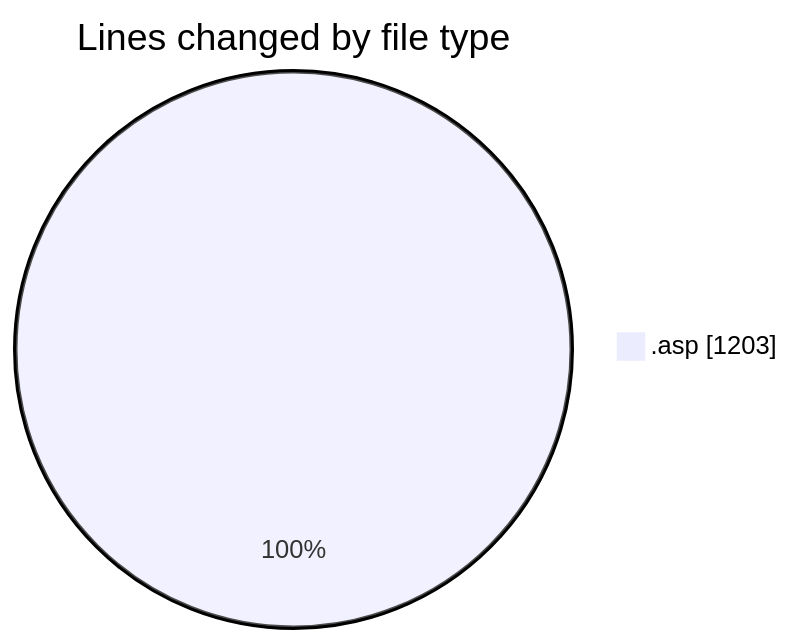
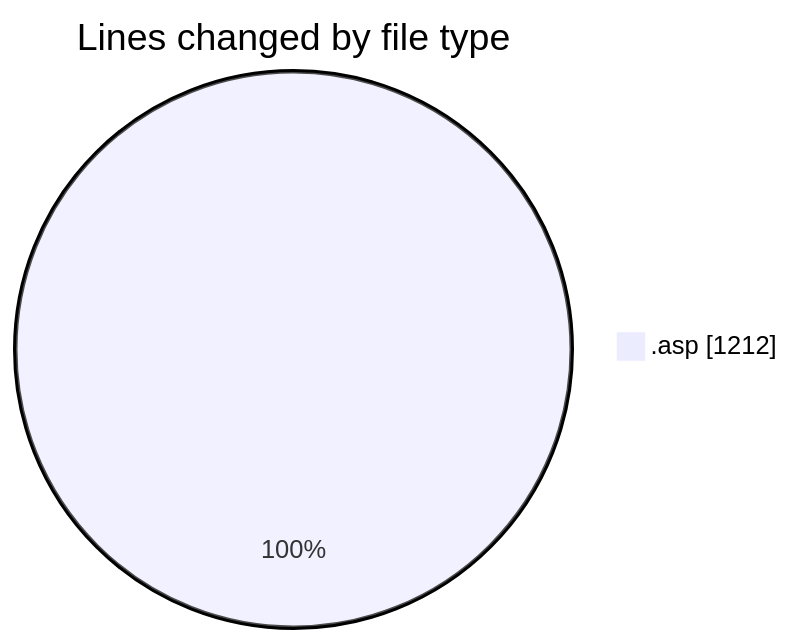
Before and after one commit to julien-gomy/code-tracking: the first of 2 diagrams in 2025-11-04/cdp_aleoudev_fr__workspace_/README.md, drawn with Mermaid. The commit also changed other lines of this file and 1 other file, not shown here.

````diff
--- a/2025-11-04/cdp_aleoudev_fr__workspace_/README.md
+++ b/2025-11-04/cdp_aleoudev_fr__workspace_/README.md
@@ -20,5 +20,5 @@
 ```mermaid
 pie showData
 title Lines changed by file type
-".asp" : 1203
+".asp" : 1212
 ```
````
